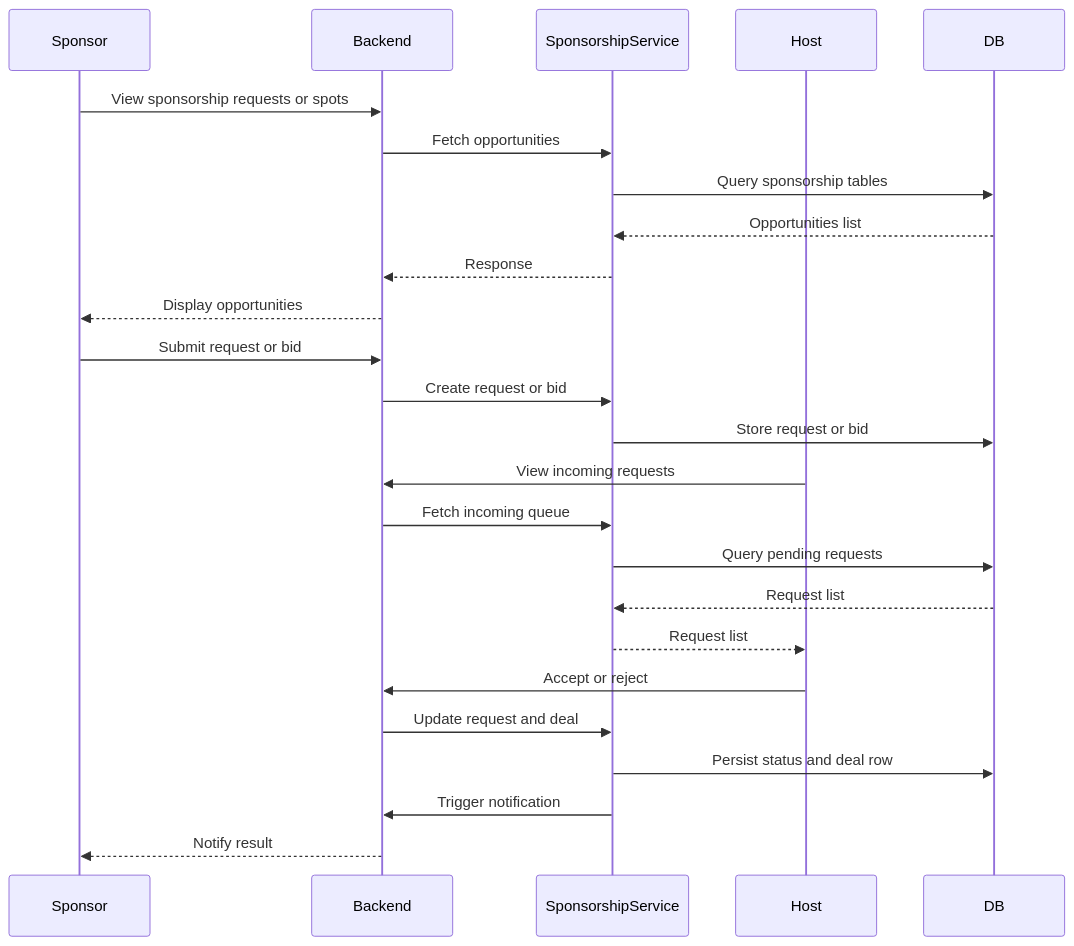
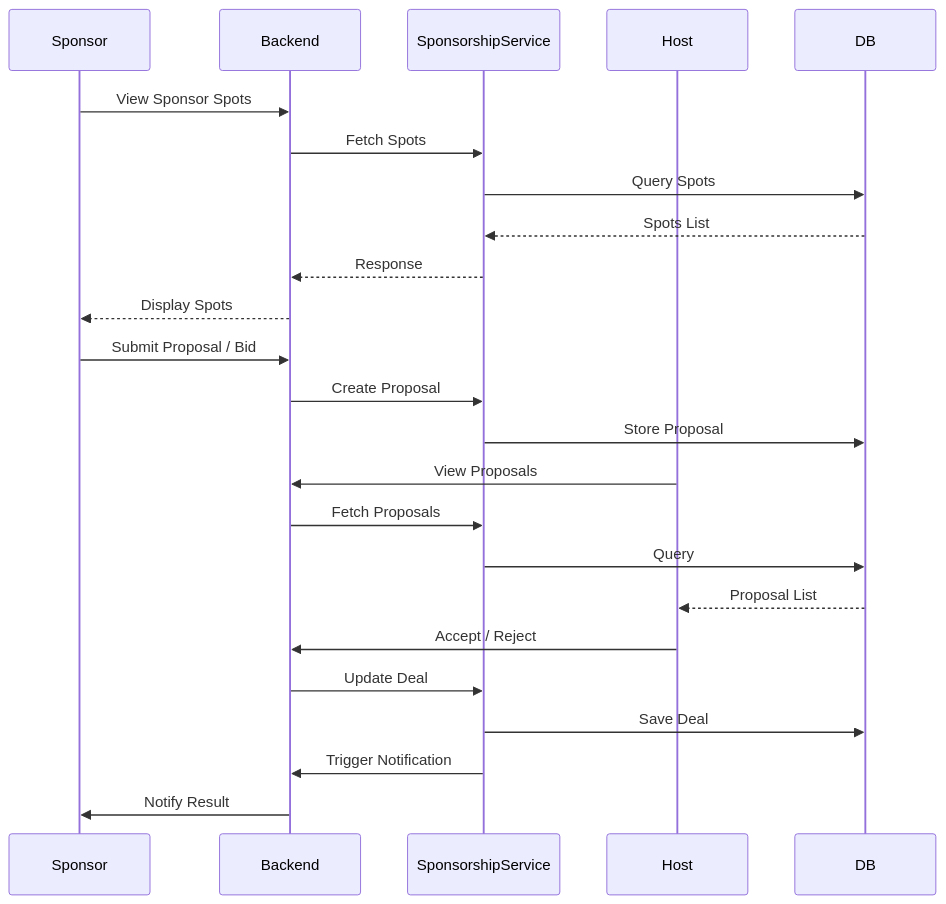
Before and after one commit to Ktripathi2611/event-hub: the third of 5 diagrams in README.md, drawn with Mermaid. The commit also changed other lines of this file and 8 other files, not shown here.

Commit message:
feat: implement full-stack event platform with React SPA, Express backend, and SQLite schema.

````diff
--- a/README.md
+++ b/README.md
@@ -108,33 +292,32 @@
 ```mermaid
 sequenceDiagram
 
 participant Sponsor
 participant Backend
 participant SponsorshipService
 participant Host
 participant DB
 
-Sponsor->>Backend: View sponsorship requests or spots
-Backend->>SponsorshipService: Fetch opportunities
-SponsorshipService->>DB: Query sponsorship tables
-DB-->>SponsorshipService: Opportunities list
+Sponsor->>Backend: View Sponsor Spots
+Backend->>SponsorshipService: Fetch Spots
+SponsorshipService->>DB: Query Spots
+DB-->>SponsorshipService: Spots List
 SponsorshipService-->>Backend: Response
-Backend-->>Sponsor: Display opportunities
+Backend-->>Sponsor: Display Spots
 
-Sponsor->>Backend: Submit request or bid
-Backend->>SponsorshipService: Create request or bid
-SponsorshipService->>DB: Store request or bid
+Sponsor->>Backend: Submit Proposal / Bid
+Backend->>SponsorshipService: Create Proposal
+SponsorshipService->>DB: Store Proposal
 
-Host->>Backend: View incoming requests
-Backend->>SponsorshipService: Fetch incoming queue
-SponsorshipService->>DB: Query pending requests
-DB-->>SponsorshipService: Request list
-SponsorshipService-->>Host: Request list
+Host->>Backend: View Proposals
+Backend->>SponsorshipService: Fetch Proposals
+SponsorshipService->>DB: Query
+DB-->>Host: Proposal List
 
-Host->>Backend: Accept or reject
-Backend->>SponsorshipService: Update request and deal
-SponsorshipService->>DB: Persist status and deal row
+Host->>Backend: Accept / Reject
+Backend->>SponsorshipService: Update Deal
+SponsorshipService->>DB: Save Deal
 
-SponsorshipService->>Backend: Trigger notification
-Backend-->>Sponsor: Notify result
+SponsorshipService->>Backend: Trigger Notification
+Backend->>Sponsor: Notify Result
 ```
````
